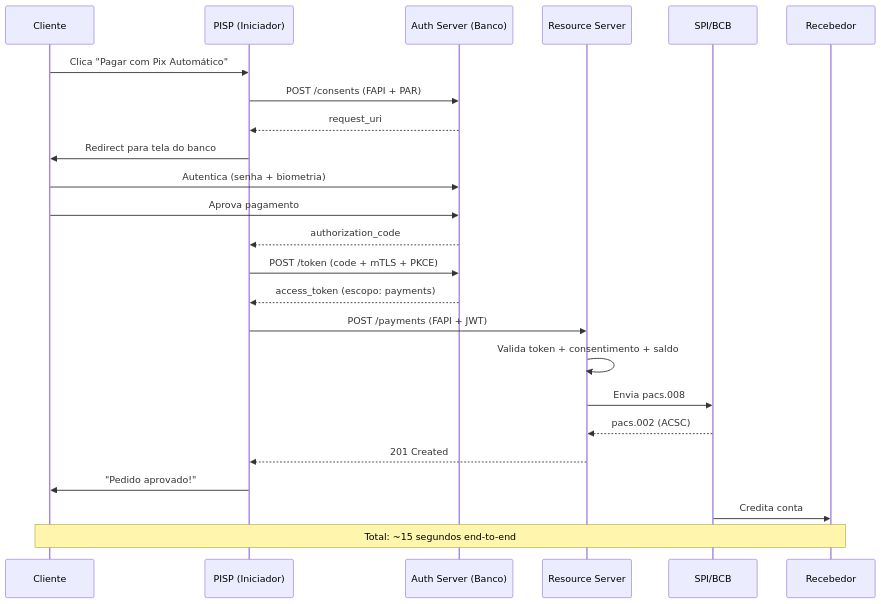
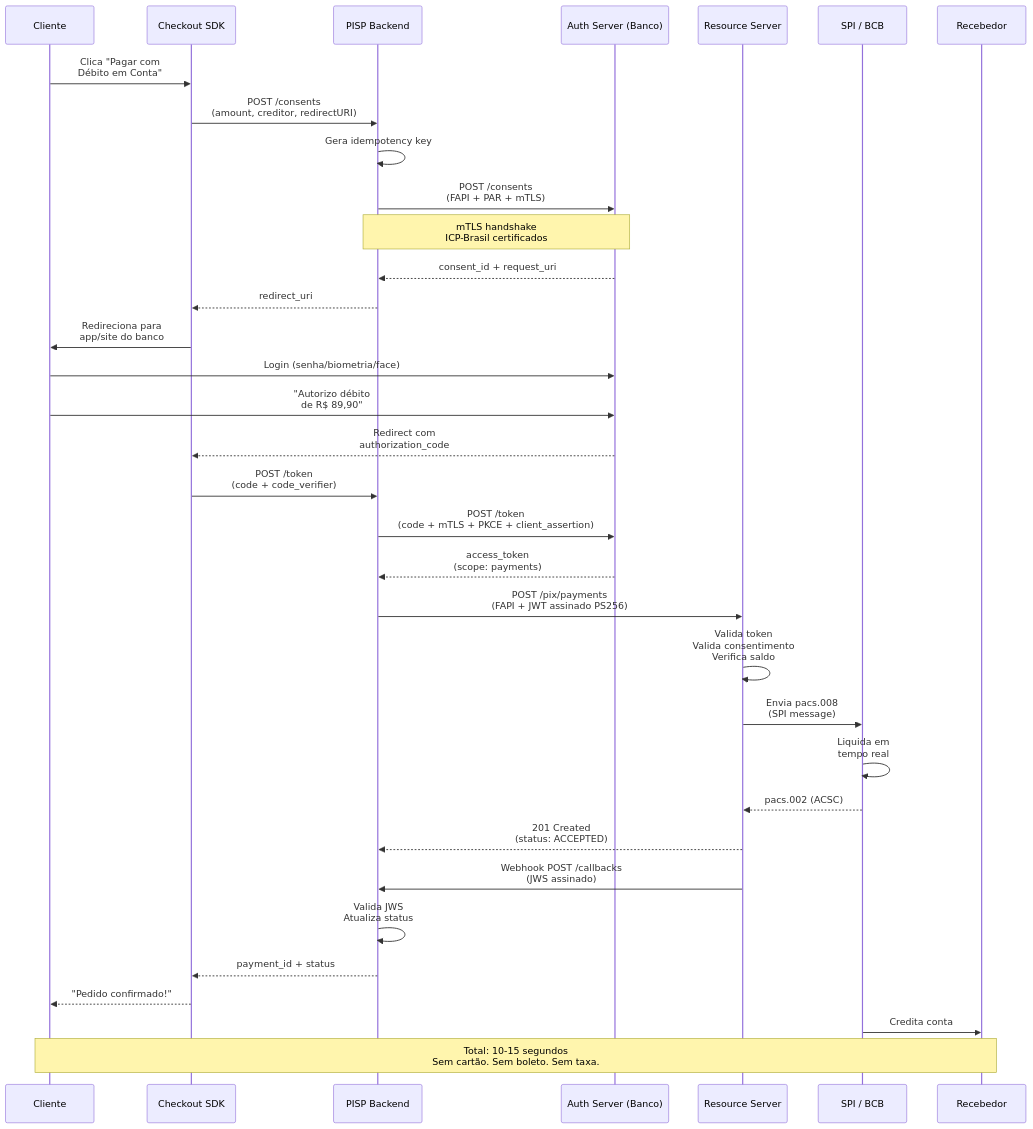
One commit to mateussiqueira/banking-stack changed the second of 3 diagrams in packages/docs/challenges/15-pisp.md. Above: the diagram before and after it, drawn with Mermaid. The commit also changed other lines of this file and 80 other files, not shown here.

First line of the commit message:
roadmap fases 1-4: interatividade, quizzes, gamificacao, flashcards

````diff
--- a/packages/docs/challenges/15-pisp.md
+++ b/packages/docs/challenges/15-pisp.md
@@ -78,31 +222,38 @@
 ```mermaid
 sequenceDiagram
     participant U as Cliente
-    participant PISP as PISP (Iniciador)
+    participant SDK as Checkout SDK
+    participant PISP as PISP Backend
     participant AS as Auth Server (Banco)
     participant RS as Resource Server
-    participant SPI as SPI/BCB
+    participant SPI as SPI / BCB
     participant R as Recebedor
 
-    U->>PISP: Clica "Pagar com Pix Automático"
-    PISP->>AS: POST /consents (FAPI + PAR)
-    AS-->>PISP: request_uri
-    PISP->>U: Redirect para tela do banco
-    U->>AS: Autentica (senha + biometria)
-    U->>AS: Aprova pagamento
-    AS-->>PISP: authorization_code
-
-    PISP->>AS: POST /token (code + mTLS + PKCE)
-    AS-->>PISP: access_token (escopo: payments)
-
-    PISP->>RS: POST /payments (FAPI + JWT)
-    RS->>RS: Valida token + consentimento + saldo
-    RS->>SPI: Envia pacs.008
+    U->>SDK: Clica "Pagar com<br/>Débito em Conta"
+    SDK->>PISP: POST /consents<br/>(amount, creditor, redirectURI)
+    PISP->>PISP: Gera idempotency key
+    PISP->>AS: POST /consents<br/>(FAPI + PAR + mTLS)
+    Note over PISP,AS: mTLS handshake<br/>ICP-Brasil certificados
+    AS-->>PISP: consent_id + request_uri
+    PISP-->>SDK: redirect_uri
+    SDK->>U: Redireciona para<br/>app/site do banco
+    U->>AS: Login (senha/biometria/face)
+    U->>AS: "Autorizo débito<br/>de R$ 89,90"
+    AS-->>SDK: Redirect com<br/>authorization_code
+    SDK->>PISP: POST /token<br/>(code + code_verifier)
+    PISP->>AS: POST /token<br/>(code + mTLS + PKCE + client_assertion)
+    AS-->>PISP: access_token<br/>(scope: payments)
+    PISP->>RS: POST /pix/payments<br/>(FAPI + JWT assinado PS256)
+    RS->>RS: Valida token<br/>Valida consentimento<br/>Verifica saldo
+    RS->>SPI: Envia pacs.008<br/>(SPI message)
+    SPI->>SPI: Liquida em<br/>tempo real
     SPI-->>RS: pacs.002 (ACSC)
-    RS-->>PISP: 201 Created
-
-    PISP->>U: "Pedido aprovado!"
+    RS-->>PISP: 201 Created<br/>(status: ACCEPTED)
+    RS->>PISP: Webhook POST /callbacks<br/>(JWS assinado)
+    PISP->>PISP: Valida JWS<br/>Atualiza status
+    PISP-->>SDK: payment_id + status
+    SDK-->>U: "Pedido confirmado!"
     SPI->>R: Credita conta
 
-    Note over U,R: Total: ~15 segundos end-to-end
+    Note over U,R: Total: 10-15 segundos<br/>Sem cartão. Sem boleto. Sem taxa.
 ```
````
